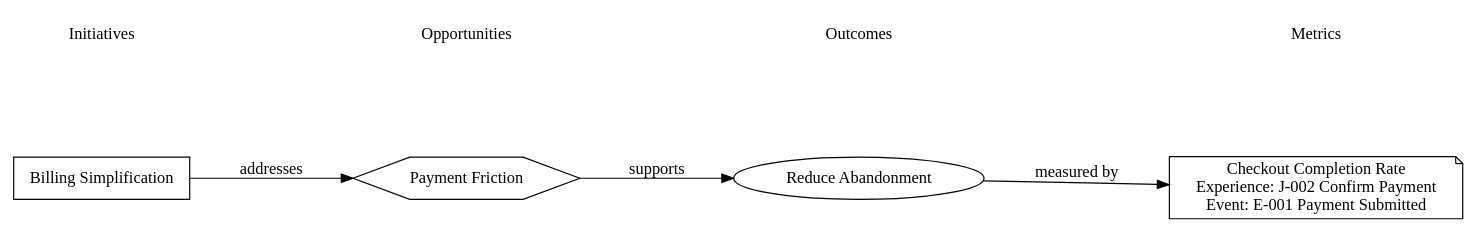
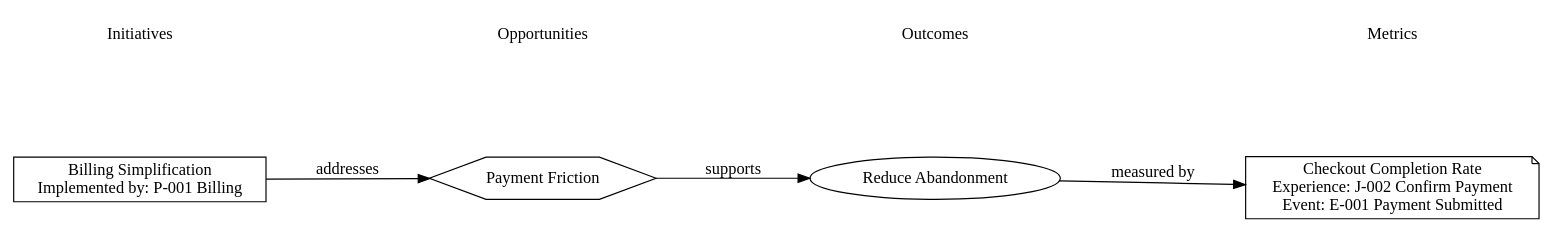
The diagram in examples/rendered/v0.1/outcome_opportunity_map_diagram_type/outcome_to_ia_trace_example/strict_profile/outcome_to_ia_trace.outcome_opportunity_map.dot (knutopia/Structured-Design-Documents), drawn with Graphviz before and after one commit. The commit also changed 77 other files, not shown here.

```diff
--- a/examples/rendered/v0.1/outcome_opportunity_map_diagram_type/outcome_to_ia_trace_example/strict_profile/outcome_to_ia_trace.outcome_opportunity_map.dot
+++ b/examples/rendered/v0.1/outcome_opportunity_map_diagram_type/outcome_to_ia_trace_example/strict_profile/outcome_to_ia_trace.outcome_opportunity_map.dot
@@ -1,36 +1,36 @@
 digraph outcome_opportunity_map {
   rankdir=LR;
   graph [fontname="Public Sans", nodesep=0.6, ranksep=1.0];
   node [fontname="Public Sans"];
   edge [fontname="Public Sans"];
   subgraph rank_initiative {
     rank=same;
     "lane_initiative" [shape=plaintext, label="Initiatives"];
-    "I-001" [shape="box", label="Billing Simplification"];
+    "I-001" [shape="box", label="Billing Simplification\nImplemented by: P-001 Billing"];
   }
   subgraph rank_opportunity {
     rank=same;
     "lane_opportunity" [shape=plaintext, label="Opportunities"];
     "OP-001" [shape="hexagon", label="Payment Friction"];
   }
   subgraph rank_outcome {
     rank=same;
     "lane_outcome" [shape=plaintext, label="Outcomes"];
     "O-001" [shape="ellipse", label="Reduce Abandonment"];
   }
   subgraph rank_metric {
     rank=same;
     "lane_metric" [shape=plaintext, label="Metrics"];
     "M-001" [shape="note", label="Checkout Completion Rate\nExperience: J-002 Confirm Payment\nEvent: E-001 Payment Submitted"];
   }
   "lane_initiative" -> "lane_opportunity" [style=invis, weight=100];
   "lane_opportunity" -> "lane_outcome" [style=invis, weight=100];
   "lane_outcome" -> "lane_metric" [style=invis, weight=100];
   "lane_initiative" -> "I-001" [style=invis, weight=100];
   "lane_opportunity" -> "OP-001" [style=invis, weight=100];
   "lane_outcome" -> "O-001" [style=invis, weight=100];
   "lane_metric" -> "M-001" [style=invis, weight=100];
   "I-001" -> "OP-001" [label="addresses"];
   "O-001" -> "M-001" [label="measured by"];
   "OP-001" -> "O-001" [label="supports"];
 }
```
